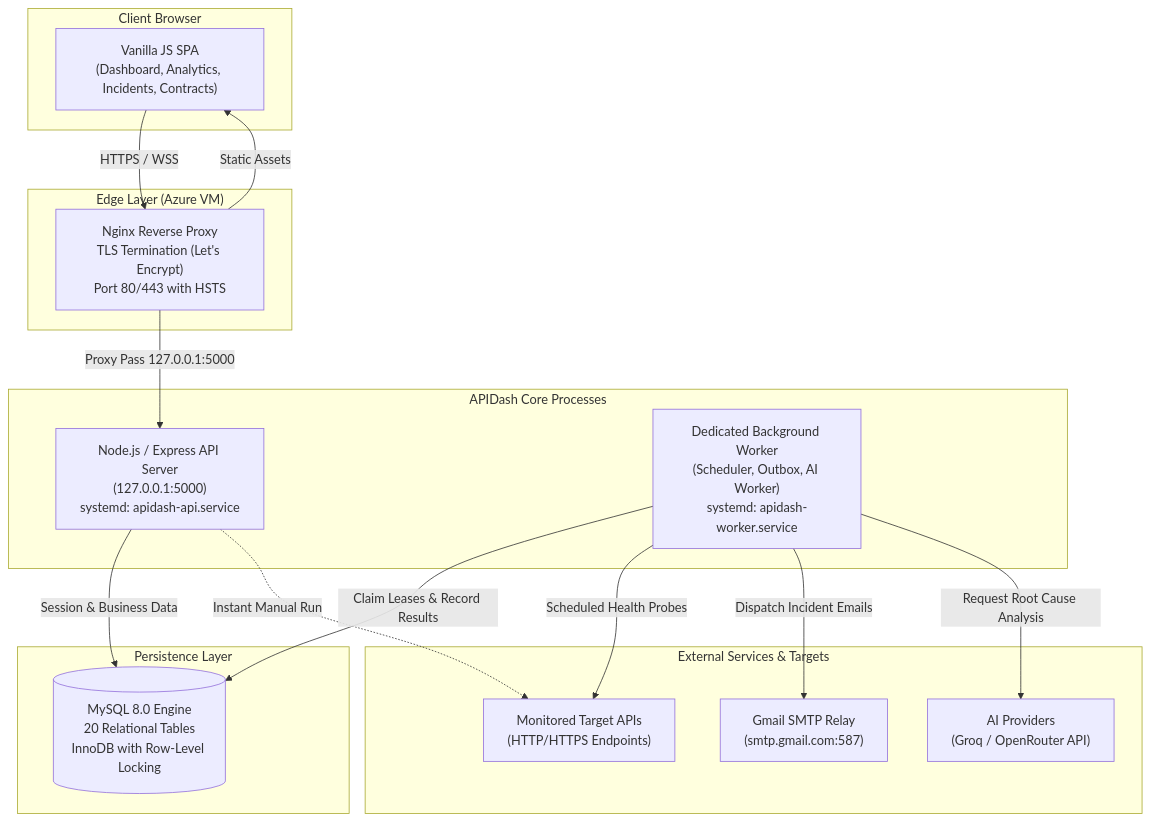
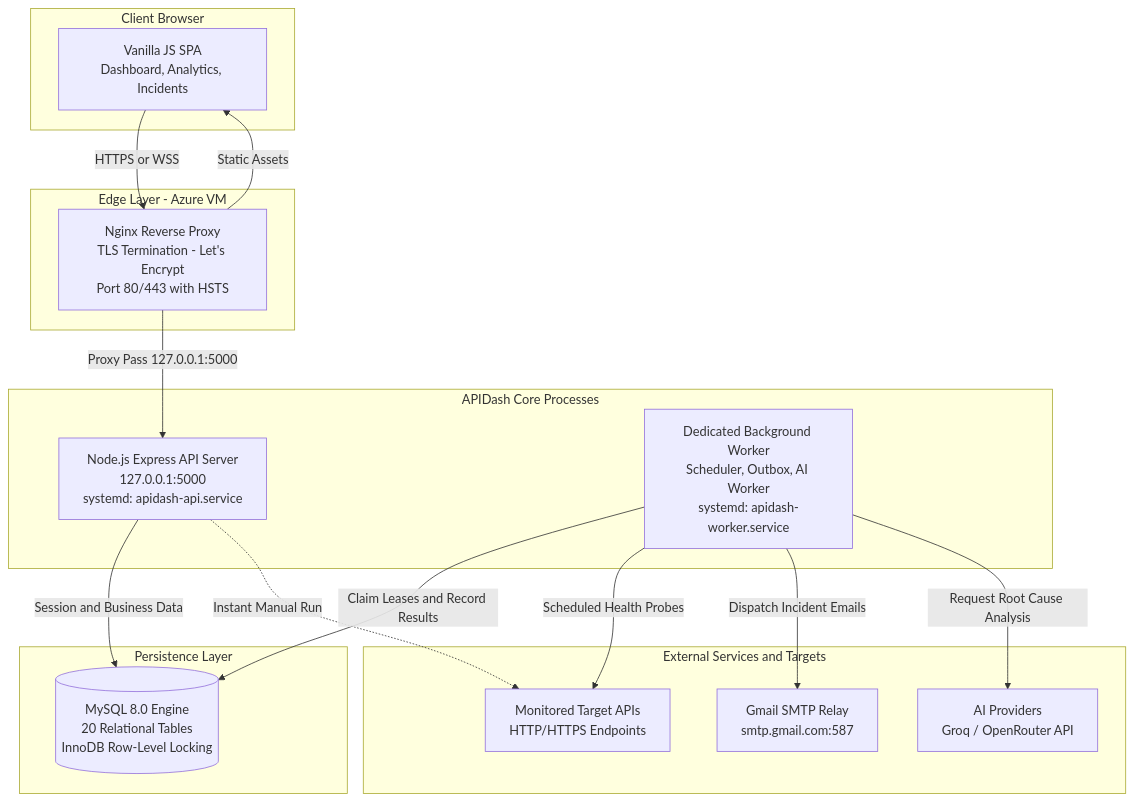
The diagram in docs/architecture/README.md (ritesh0w0/APIDash), drawn with Mermaid before and after one commit. The commit also changed other lines of this file and 18 other files, not shown here.

Commit message:
fix(docs): resolve GitHub Mermaid parser syntax errors across all diagrams

````diff
--- a/docs/architecture/README.md
+++ b/docs/architecture/README.md
@@ -33,37 +33,37 @@
 ```mermaid
 graph TB
     subgraph Client ["Client Browser"]
-        SPA["Vanilla JS SPA<br/>(Dashboard, Analytics, Incidents, Contracts)"]
+        SPA["Vanilla JS SPA<br/>Dashboard, Analytics, Incidents"]
     end
 
-    subgraph Edge ["Edge Layer (Azure VM)"]
-        Nginx["Nginx Reverse Proxy<br/>TLS Termination (Let's Encrypt)<br/>Port 80/443 with HSTS"]
+    subgraph Edge ["Edge Layer - Azure VM"]
+        Nginx["Nginx Reverse Proxy<br/>TLS Termination - Let's Encrypt<br/>Port 80/443 with HSTS"]
     end
 
     subgraph Application ["APIDash Core Processes"]
-        API["Node.js / Express API Server<br/>(127.0.0.1:5000)<br/>systemd: apidash-api.service"]
-        Worker["Dedicated Background Worker<br/>(Scheduler, Outbox, AI Worker)<br/>systemd: apidash-worker.service"]
+        API["Node.js Express API Server<br/>127.0.0.1:5000<br/>systemd: apidash-api.service"]
+        Worker["Dedicated Background Worker<br/>Scheduler, Outbox, AI Worker<br/>systemd: apidash-worker.service"]
     end
 
     subgraph DataStore ["Persistence Layer"]
-        MySQL[("MySQL 8.0 Engine<br/>20 Relational Tables<br/>InnoDB with Row-Level Locking")]
+        MySQL[("MySQL 8.0 Engine<br/>20 Relational Tables<br/>InnoDB Row-Level Locking")]
     end
 
-    subgraph External ["External Services & Targets"]
-        Targets["Monitored Target APIs<br/>(HTTP/HTTPS Endpoints)"]
-        SMTP["Gmail SMTP Relay<br/>(smtp.gmail.com:587)"]
-        LLM["AI Providers<br/>(Groq / OpenRouter API)"]
+    subgraph External ["External Services and Targets"]
+        Targets["Monitored Target APIs<br/>HTTP/HTTPS Endpoints"]
+        SMTP["Gmail SMTP Relay<br/>smtp.gmail.com:587"]
+        LLM["AI Providers<br/>Groq / OpenRouter API"]
     end
 
-    SPA -->|HTTPS / WSS| Nginx
+    SPA -->|HTTPS or WSS| Nginx
     Nginx -->|Static Assets| SPA
     Nginx -->|Proxy Pass 127.0.0.1:5000| API
 
-    API -->|Session & Business Data| MySQL
-    Worker -->|Claim Leases & Record Results| MySQL
+    API -->|Session and Business Data| MySQL
+    Worker -->|Claim Leases and Record Results| MySQL
 
     API -.->|Instant Manual Run| Targets
     Worker -->|Scheduled Health Probes| Targets
     Worker -->|Dispatch Incident Emails| SMTP
     Worker -->|Request Root Cause Analysis| LLM
 ```
````
